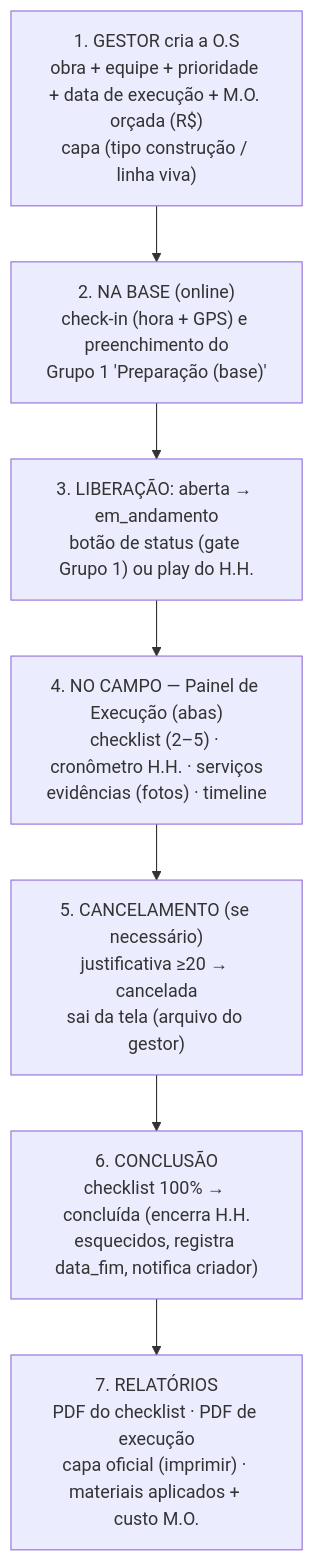
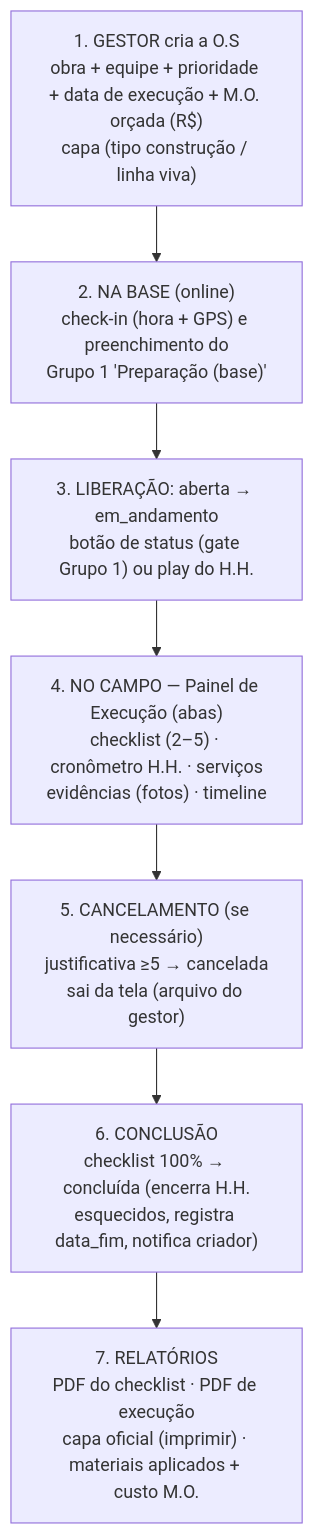
Before and after one commit to Edenir-Munaretto/App_Munaretto: the third of 4 diagrams in DIAGRAMA_OS.md, drawn with Mermaid. The commit also changed other lines of this file and 4 other files, not shown here.

````diff
--- a/DIAGRAMA_OS.md
+++ b/DIAGRAMA_OS.md
@@ -117,10 +117,10 @@
 ```mermaid
 flowchart TD
     A["1. GESTOR cria a O.S<br/>obra + equipe + prioridade + data de execução + M.O. orçada (R$)<br/>capa (tipo construção / linha viva)"] --> B
     B["2. NA BASE (online)<br/>check-in (hora + GPS) e preenchimento do<br/>Grupo 1 'Preparação (base)'"] --> C
     C["3. LIBERAÇÃO: aberta → em_andamento<br/>botão de status (gate Grupo 1) ou play do H.H."] --> D
     D["4. NO CAMPO — Painel de Execução (abas)<br/>checklist (2–5) · cronômetro H.H. · serviços<br/>evidências (fotos) · timeline"] --> E
-    E["5. CANCELAMENTO (se necessário)<br/>justificativa ≥20 → cancelada<br/>sai da tela (arquivo do gestor)"] --> F
+    E["5. CANCELAMENTO (se necessário)<br/>justificativa ≥5 → cancelada<br/>sai da tela (arquivo do gestor)"] --> F
     F["6. CONCLUSÃO<br/>checklist 100% → concluída (encerra H.H.<br/>esquecidos, registra data_fim, notifica criador)"] --> G
     G["7. RELATÓRIOS<br/>PDF do checklist · PDF de execução<br/>capa oficial (imprimir) · materiais aplicados + custo M.O."]
 ```
````
